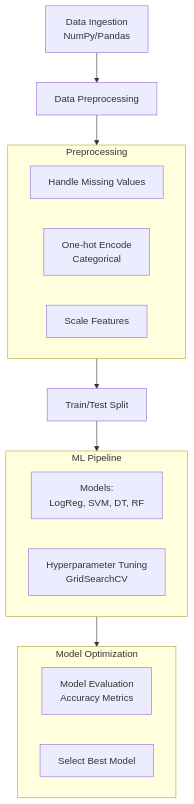
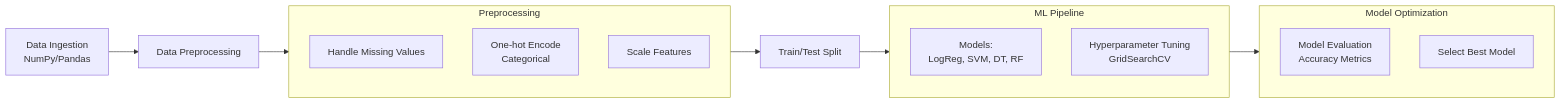
One commit to EladdadMahdi/IBM-Applied-Data-Science-Capstone changed the fourth of 4 diagrams in README.md. Above: the diagram before and after it, drawn with Mermaid.

Commit message:
ML pipleine LR

````diff
--- a/README.md
+++ b/README.md
@@ -221,27 +221,27 @@
 ```mermaid
-graph TD
+graph LR
     A["Data Ingestion<br/>NumPy/Pandas"] --> B["Data Preprocessing"]
     
     subgraph Preprocess["Preprocessing"]
         B1["Handle Missing Values"]
         B2["One-hot Encode<br/>Categorical"]
         B3["Scale Features"]
     end
     
     B --> Preprocess
     Preprocess --> C["Train/Test Split"]
     
     subgraph ML["ML Pipeline"]
         D["Models:<br/>LogReg, SVM, DT, RF"]
         E["Hyperparameter Tuning<br/>GridSearchCV"]
     end
     
     C --> ML
     
     subgraph Eval["Model Optimization"]
         F["Model Evaluation<br/>Accuracy Metrics"]
         G["Select Best Model"]
     end
     
     ML --> Eval
 ```
````
